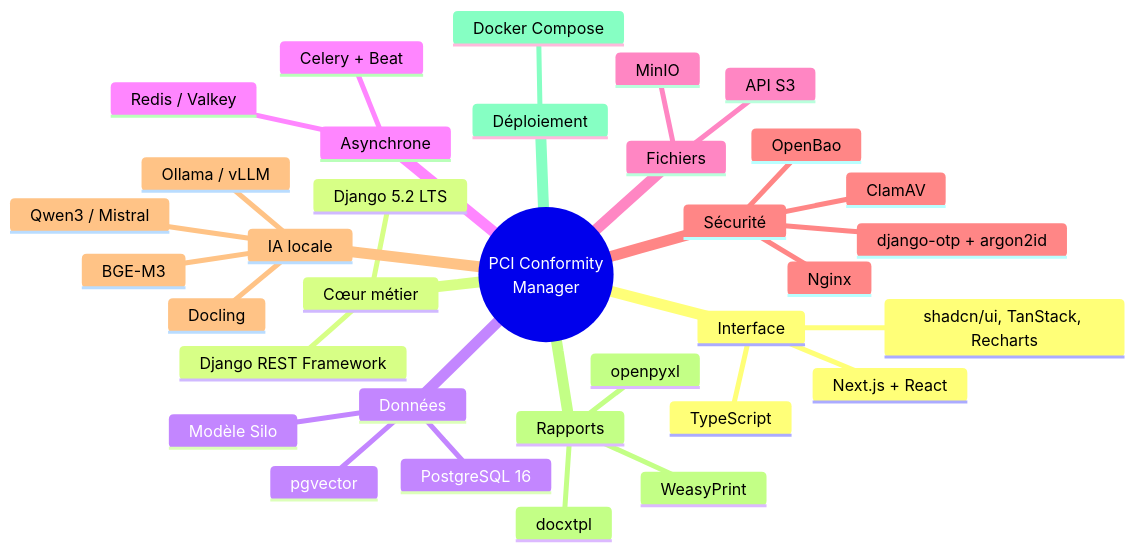
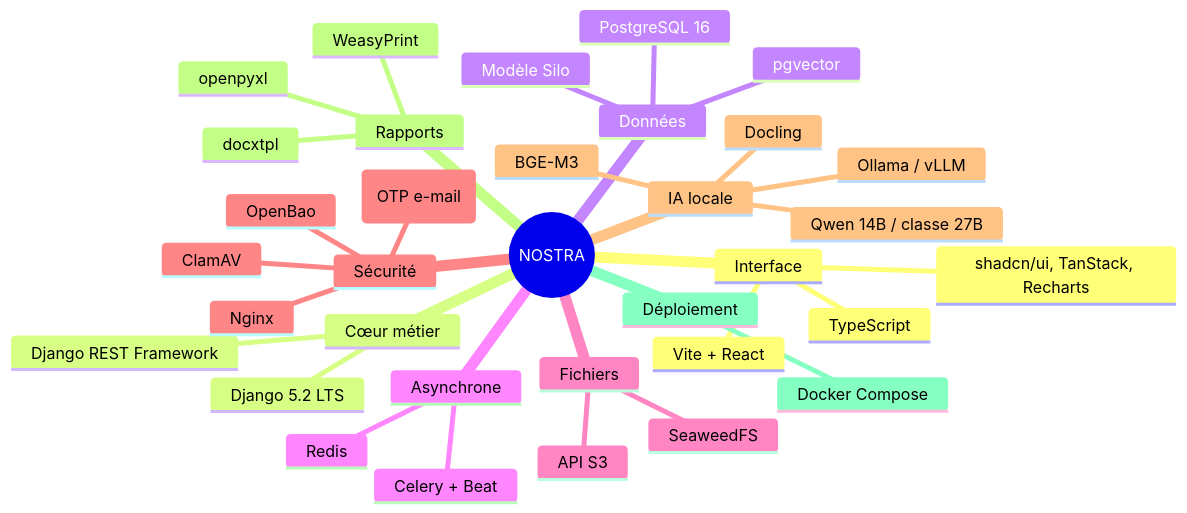
Before and after one commit to arixstoo/PFE: the second of 9 diagrams in memoire/choix_techniques_chapitre.md, drawn with Mermaid. The commit also changed other lines of this file and 15 other files, not shown here.

````diff
--- a/memoire/choix_techniques_chapitre.md
+++ b/memoire/choix_techniques_chapitre.md
@@ -40,37 +41,37 @@
 ```mermaid
 mindmap
-  root((PCI Conformity<br/>Manager))
+  root((NOSTRA))
     Interface
-      Next.js + React
+      Vite + React
       TypeScript
       shadcn/ui, TanStack, Recharts
     Cœur métier
       Django 5.2 LTS
       Django REST Framework
     Données
       PostgreSQL 16
       pgvector
       Modèle Silo
     Asynchrone
       Celery + Beat
-      Redis / Valkey
+      Redis
     Fichiers
       API S3
-      MinIO
+      SeaweedFS
     Sécurité
       Nginx
       ClamAV
       OpenBao
-      django-otp + argon2id
+      Connexion sans mot de passe (OTP e-mail)
     IA locale
       Docling
       BGE-M3
       Ollama / vLLM
-      Qwen3 / Mistral
+      Qwen 14B / classe 27B
     Rapports
       docxtpl
       WeasyPrint
       openpyxl
     Déploiement
       Docker Compose
 ```
````
